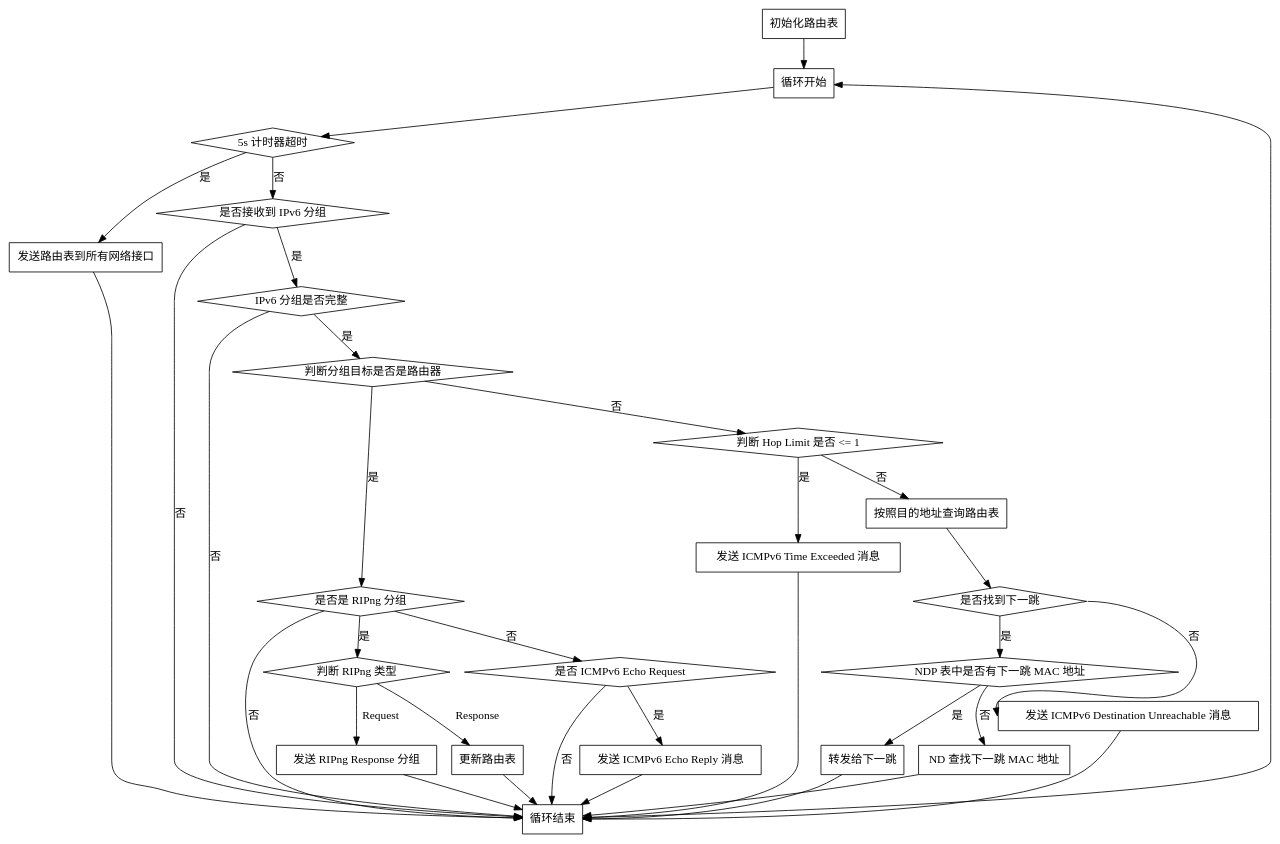
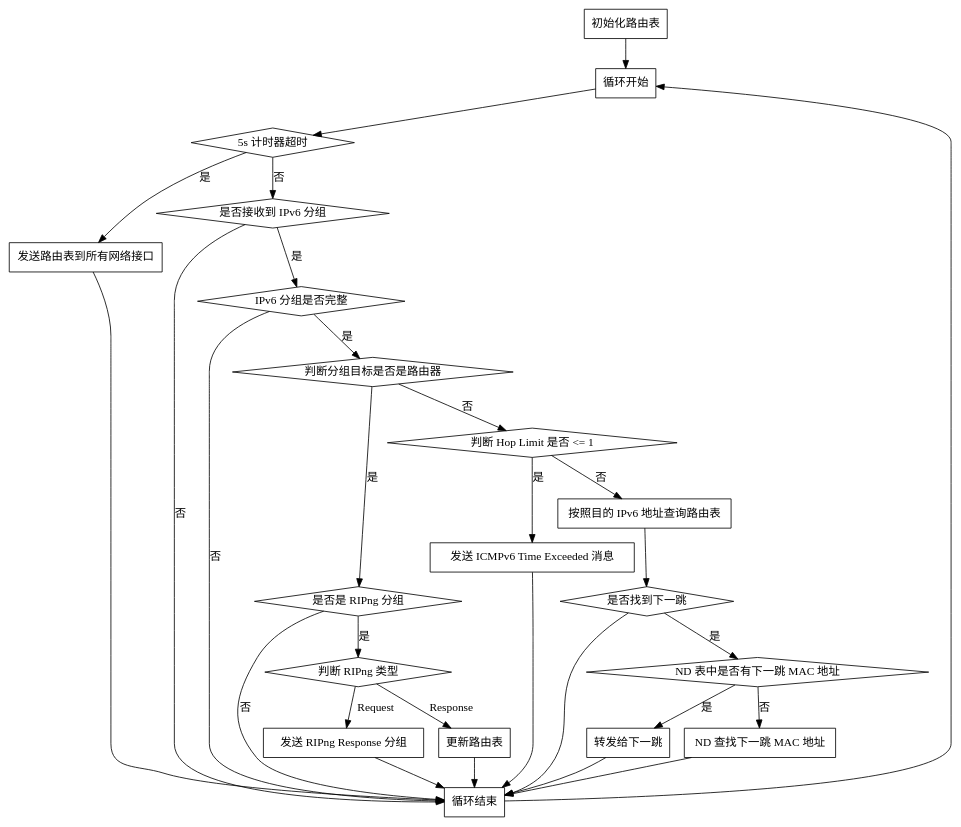
Before and after one commit to thu-cs-lab/Router-Lab-Docs: the diagram in docs/software/second_stage/img/flow.dot, drawn with Graphviz. The commit also changed 5 other files, not shown here.

Commit message:
Simplify second stage flow

```diff
--- a/docs/software/second_stage/img/flow.dot
+++ b/docs/software/second_stage/img/flow.dot
@@ -1,165 +1,141 @@
 digraph G {
     
     init [
         label = "初始化路由表",
         shape = rect
     ];
     
     loop [
         label = "循环开始",
         shape = rect
     ];
     
     init -> loop;
     
     send_all [
         label = "发送路由表到所有网络接口",
         shape = rect
     ];
     
     timeout [
         label = "5s 计时器超时",
         shape = diamond
     ];
     
     loop -> timeout;
 
     timeout -> send_all [label = "是"];
     send_all -> loop_end;
     
     recv [
         label = "是否接收到 IPv6 分组",
         shape = diamond
     ];
     
     timeout -> recv [label = "否"];
     recv -> loop_end [label = "否"];
     
     check [
         label = "IPv6 分组是否完整",
         shape = diamond
     ];
     
     recv -> check [label = "是"];
     check -> loop_end [label = "否"];
     check -> type [label = "是"];
     
     type [
         label = "判断分组目标是否是路由器",
         shape = diamond
     ];
     
     check_ripng [
         label = "是否是 RIPng 分组",
         shape = diamond
     ];
     
     type -> check_ripng [label = "是"];
     type -> check_hlim [label = "否"];
     
     check_hlim [
         label = "判断 Hop Limit 是否 <= 1",
         shape = diamond
     ];
     
     time_exceeded [
         label = "发送 ICMPv6 Time Exceeded 消息",
         shape = rect
     ];
     check_hlim -> time_exceeded[label = "是"];
     time_exceeded -> loop_end;
     
     
     lookup [
-        label = "按照目的地址查询路由表",
+        label = "按照目的 IPv6 地址查询路由表",
         shape = rect
     ];
     
     check_hlim -> lookup[label = "否"];
     
     nexthop_found [
         label = "是否找到下一跳",
         shape = diamond
     ]
     
     lookup -> nexthop_found;
     
     check_mac [
-        label = "NDP 表中是否有下一跳 MAC 地址",
+        label = "ND 表中是否有下一跳 MAC 地址",
         shape = diamond
     ];
     
-    destination_unreachable [
-        label = "发送 ICMPv6 Destination Unreachable 消息",
-        shape = rect
-    ];
-    
-    nexthop_found:e -> destination_unreachable:w[label = "否"];
-    destination_unreachable -> loop_end;
-    
-    nexthop_found:s -> check_mac:n[label = "是"];
+    nexthop_found -> loop_end;
+    nexthop_found -> check_mac[label = "是"];
     check_mac -> forward[label = "是"];
         
     forward [
         label = "转发给下一跳",
         shape = rect
     ];
     
     forward -> loop_end;
         
     ndp [
         label = "ND 查找下一跳 MAC 地址",
         shape = rect
     ]
     
     check_mac -> ndp[label = "否"];
     ndp -> loop_end;
         
     check_request [
         label = "判断 RIPng 类型",
         shape = diamond
     ];
     
     check_ripng -> check_request[label = "是"];
-    check_ripng -> check_echo_request[label = "否"];
-    
-    check_echo_request [
-        label = "是否 ICMPv6 Echo Request",
-        shape = diamond
-    ];
-    
-    reply_echo [
-        label = "发送 ICMPv6 Echo Reply 消息",
-        shape = rect
-    ];
-    
-    check_echo_request -> reply_echo[label = "是"];
-    check_echo_request -> loop_end[label = "否"];
-    reply_echo -> loop_end;
-    
-    
     check_ripng -> loop_end[label = "否"];
     
     handle_request [
         label = "发送 RIPng Response 分组",
         shape = rect
     ];
     
     check_request -> handle_request[label = "Request"];
     handle_request -> loop_end;
     
     handle_response [
         label = "更新路由表",
         shape = rect
     ];
     
     check_request -> handle_response[label = "Response"];
     handle_response -> loop_end;
     
     loop_end [
         label = "循环结束",
         shape = rect
     ];
     
     loop_end -> loop;
 }
```
